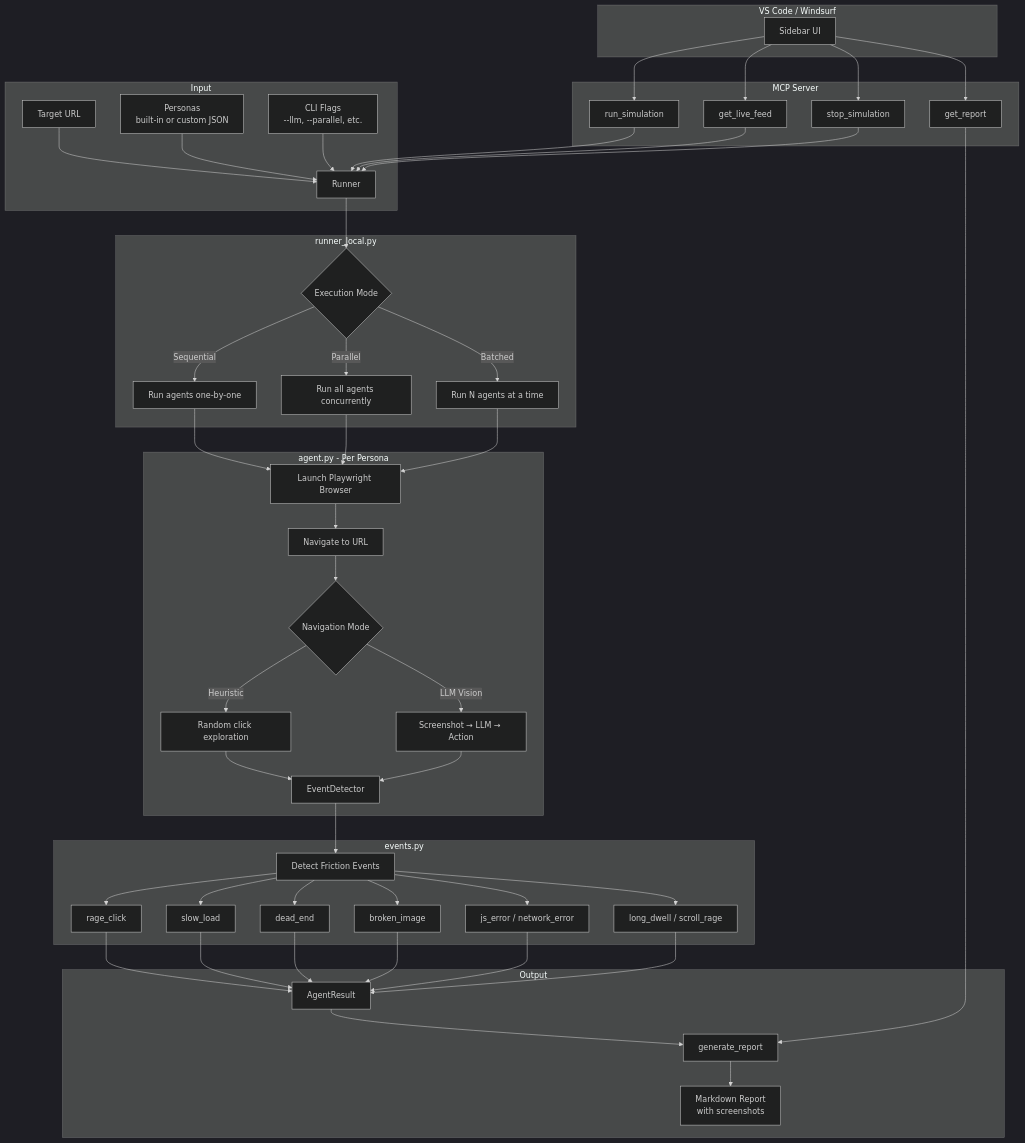
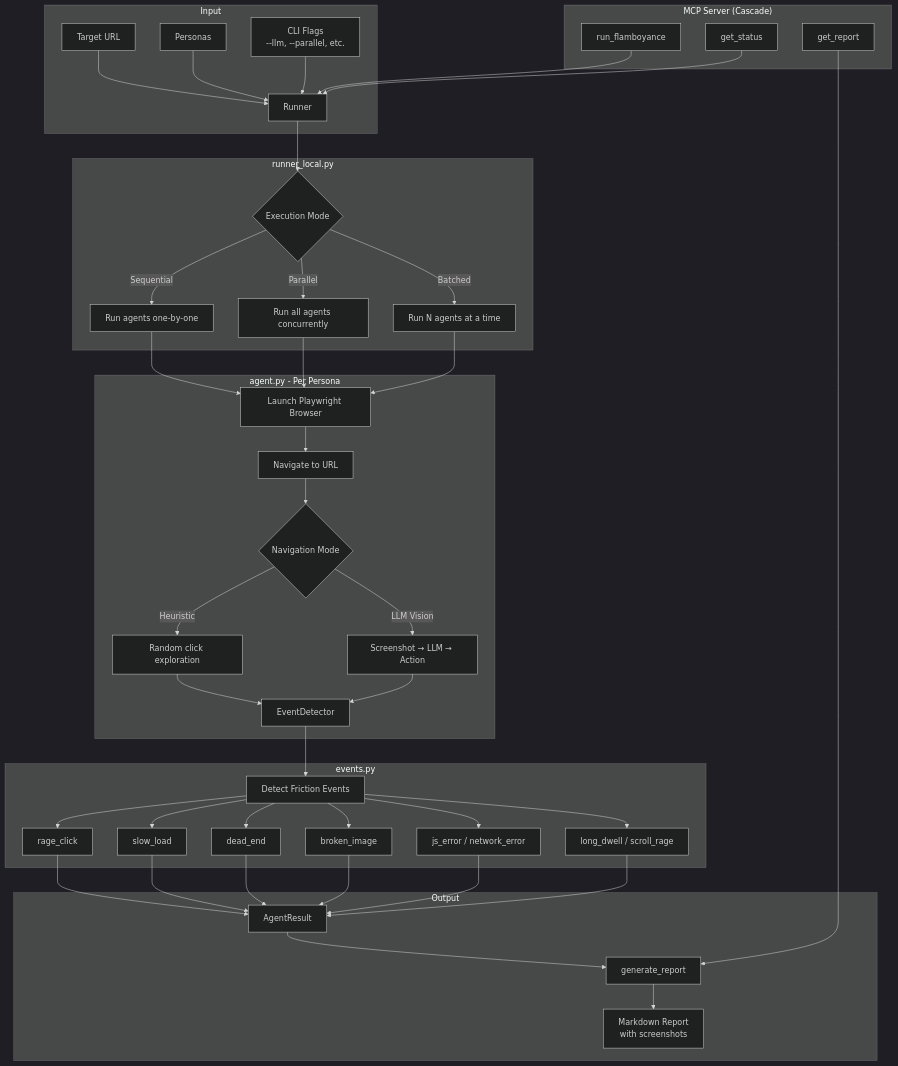
The diagram in README.md (Jus973/flamboyance), drawn with Mermaid (dark theme) before and after one commit. The commit also changed other lines of this file and 24 other files, not shown here.

````diff
--- a/README.md
+++ b/README.md
@@ -33,51 +31,46 @@
 ```mermaid
 flowchart TD
     subgraph Input
         A[Target URL] --> B[Runner]
-        C[Personas<br/>built-in or custom JSON] --> B
+        C[Personas] --> B
         D[CLI Flags<br/>--llm, --parallel, etc.] --> B
     end
 
     subgraph Runner ["runner_local.py"]
         B --> E{Execution Mode}
         E -->|Sequential| F[Run agents one-by-one]
         E -->|Parallel| G[Run all agents concurrently]
         E -->|Batched| H[Run N agents at a time]
     end
 
     subgraph Agent ["agent.py - Per Persona"]
         F & G & H --> I[Launch Playwright Browser]
         I --> J[Navigate to URL]
         J --> K{Navigation Mode}
         K -->|Heuristic| L[Random click exploration]
         K -->|LLM Vision| M[Screenshot → LLM → Action]
         L & M --> N[EventDetector]
     end
 
     subgraph Detection ["events.py"]
         N --> O[Detect Friction Events]
         O --> P[rage_click]
         O --> Q[slow_load]
         O --> R[dead_end]
         O --> S[broken_image]
         O --> T[js_error / network_error]
         O --> U[long_dwell / scroll_rage]
     end
 
     subgraph Output
         P & Q & R & S & T & U --> V[AgentResult]
         V --> W[generate_report]
         W --> X[Markdown Report<br/>with screenshots]
     end
 
-    subgraph MCP ["MCP Server"]
-        Y[run_simulation] --> B
-        Z[get_live_feed] --> B
+    subgraph MCP ["MCP Server (Cascade)"]
+        Y[run_flamboyance] --> B
+        Z[get_status] --> B
         AA[get_report] --> W
-        AB[stop_simulation] --> B
-    end
-
-    subgraph Extension ["VS Code / Windsurf"]
-        AC[Sidebar UI] --> Y & Z & AA & AB
     end
 ```
````
